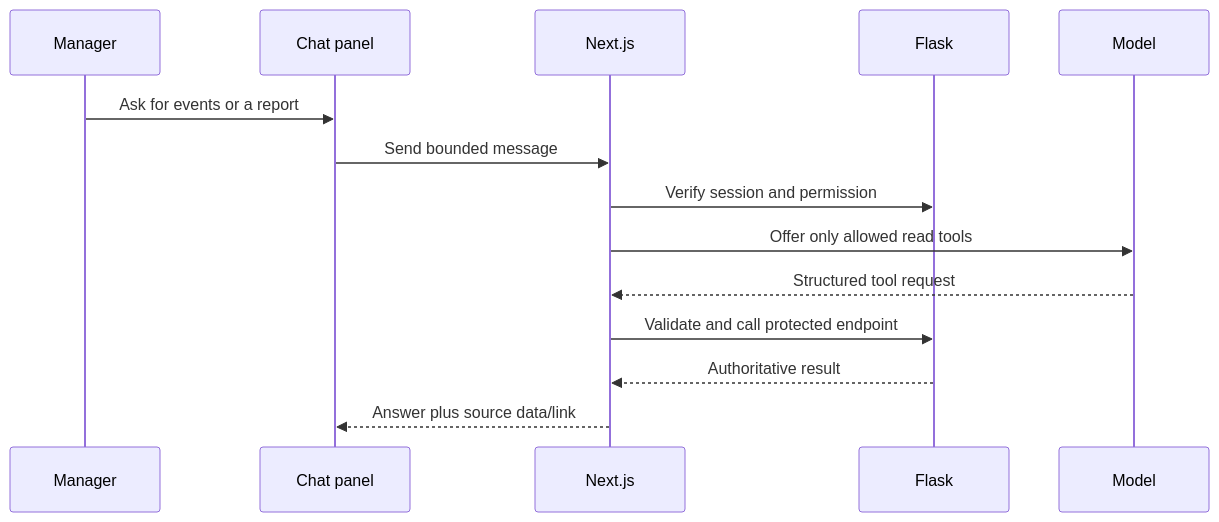
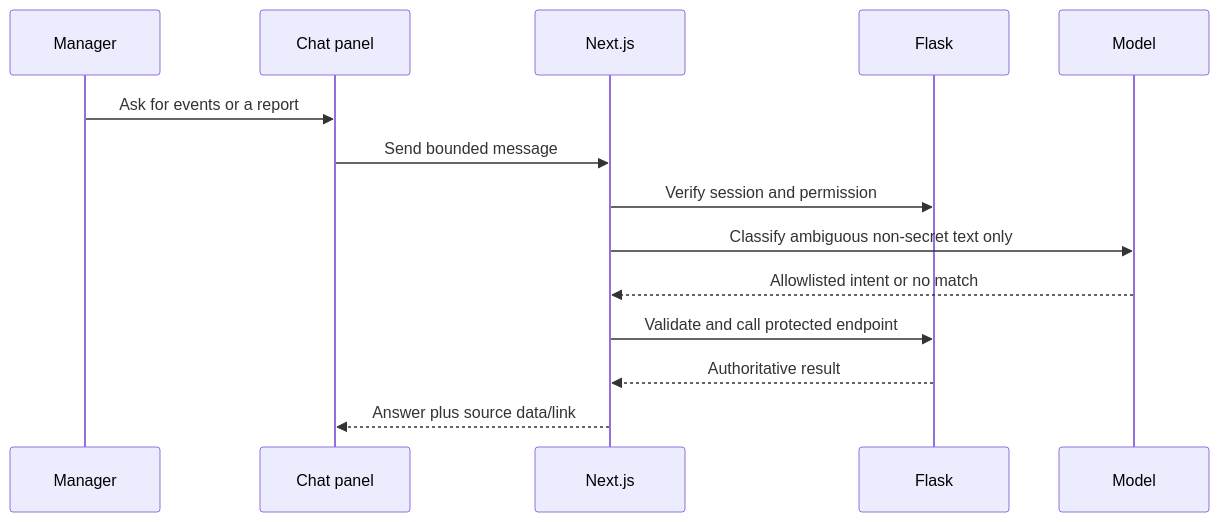
The second of 2 diagrams in docs/RFS Chatbot Architecture Design.md (vale2015/Dissertation), drawn with Mermaid before and after one commit. The commit also changed other lines of this file and 25 other files, not shown here.

````diff
--- a/docs/RFS Chatbot Architecture Design.md
+++ b/docs/RFS Chatbot Architecture Design.md
@@ -57,16 +57,16 @@
 ```mermaid
 sequenceDiagram
   participant M as Manager
   participant UI as Chat panel
   participant N as Next.js
   participant F as Flask
   participant L as Model
   M->>UI: Ask for events or a report
   UI->>N: Send bounded message
   N->>F: Verify session and permission
-  N->>L: Offer only allowed read tools
-  L-->>N: Structured tool request
+  N->>L: Classify ambiguous non-secret text only
+  L-->>N: Allowlisted intent or no match
   N->>F: Validate and call protected endpoint
   F-->>N: Authoritative result
   N-->>UI: Answer plus source data/link
 ```
````
